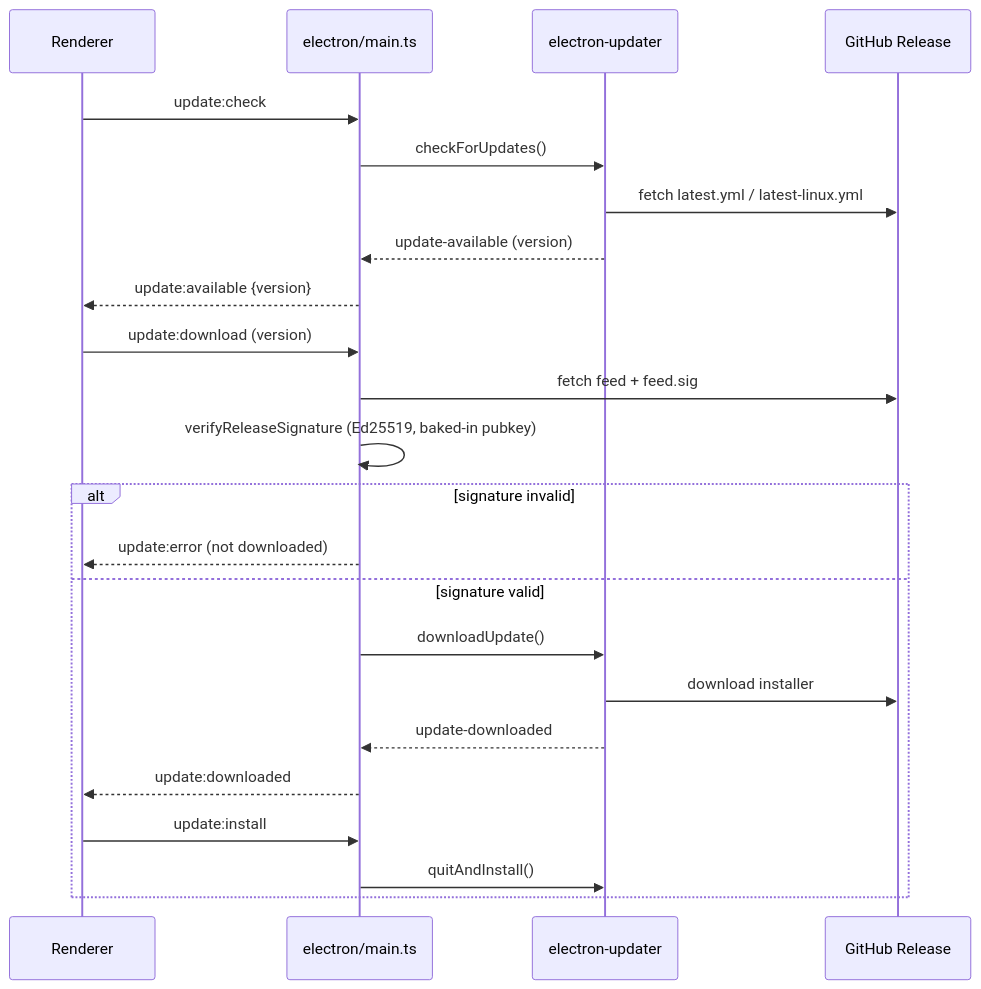
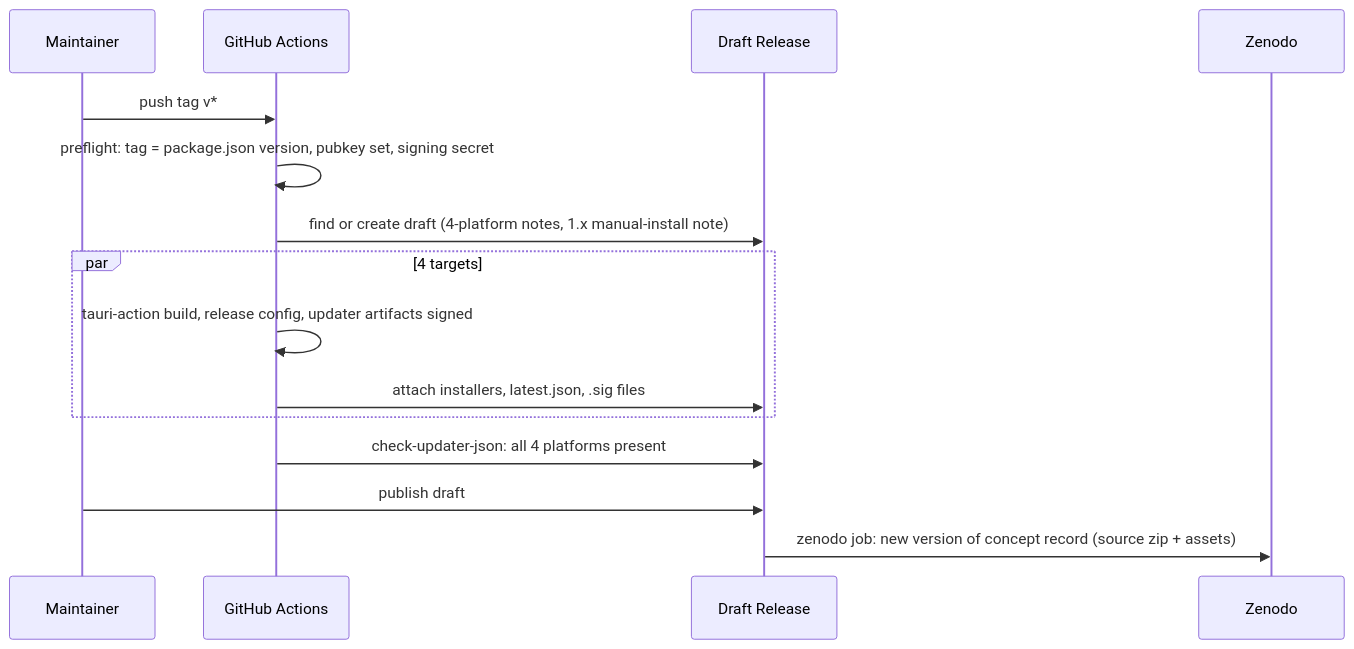
The second of 2 diagrams in openwiki/operations/build-release.md (Gram21/SaiLoR), drawn with Mermaid before and after one commit. The commit also changed other lines of this file and 33 other files, not shown here.

````diff
--- a/openwiki/operations/build-release.md
+++ b/openwiki/operations/build-release.md
@@ -214,26 +208,18 @@
 ```mermaid
 sequenceDiagram
-  participant R as Renderer
-  participant M as electron/main.ts
-  participant U as electron-updater
-  participant GH as GitHub Release
+  participant Dev as Maintainer
+  participant GH as GitHub Actions
+  participant Rel as Draft Release
+  participant Zen as Zenodo
 
-  R->>M: update:check
-  M->>U: checkForUpdates()
-  U->>GH: fetch latest.yml / latest-linux.yml
-  U-->>M: update-available (version)
-  M-->>R: update:available {version}
-  R->>M: update:download (version)
-  M->>GH: fetch feed + feed.sig
-  M->>M: verifyReleaseSignature (Ed25519, baked-in pubkey)
-  alt signature invalid
-    M-->>R: update:error (not downloaded)
-  else signature valid
-    M->>U: downloadUpdate()
-    U->>GH: download installer
-    U-->>M: update-downloaded
-    M-->>R: update:downloaded
-    R->>M: update:install
-    M->>U: quitAndInstall()
+  Dev->>GH: push tag v*
+  GH->>GH: preflight: tag = package.json version, pubkey set, signing secret
+  GH->>Rel: find or create draft (4-platform notes, 1.x manual-install note)
+  par 4 targets
+    GH->>GH: tauri-action build, release config, updater artifacts signed
+    GH->>Rel: attach installers, latest.json, .sig files
   end
+  GH->>Rel: check-updater-json: all 4 platforms present
+  Dev->>Rel: publish draft
+  Rel->>Zen: zenodo job: new version of concept record (source zip + assets)
 ```
````
